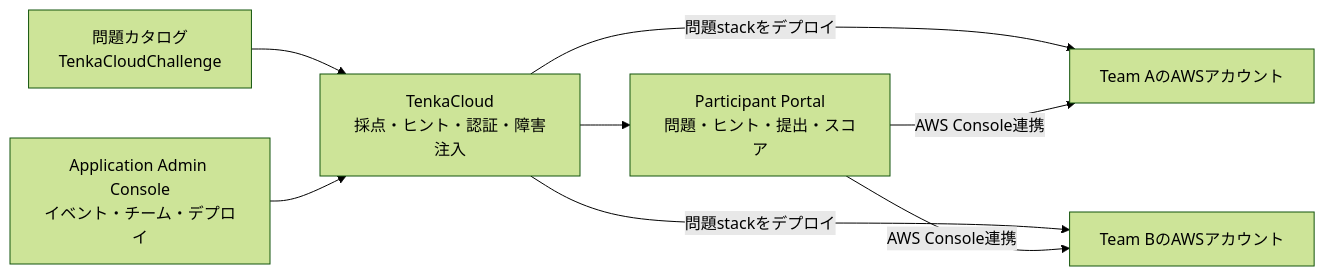
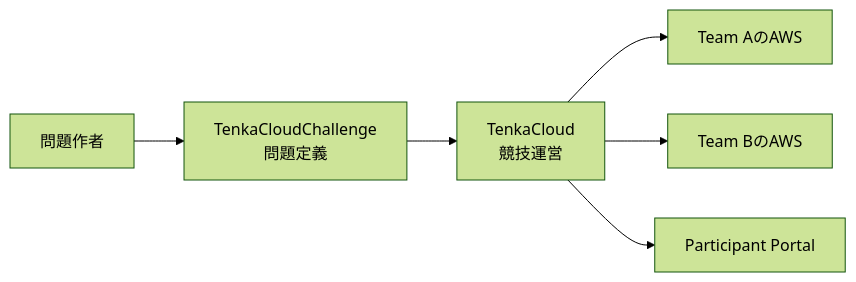
One commit to susumutomita/zenn-article changed the diagram in books/cloud-competition/chapter1.md. Above: the diagram before and after it, drawn with Mermaid (forest theme). The commit also changed other lines of this file and 25 other files, not shown here.

````diff
--- a/books/cloud-competition/chapter1.md
+++ b/books/cloud-competition/chapter1.md
@@ -38,17 +42,15 @@
 ```mermaid
 flowchart LR
-    Catalog[問題カタログ<br/>TenkaCloudChallenge]
-    Admin[Application Admin Console<br/>イベント・チーム・デプロイ]
-    Platform[TenkaCloud<br/>採点・ヒント・認証・障害注入]
-    Portal[Participant Portal<br/>問題・ヒント・提出・スコア]
-    TeamA[Team AのAWSアカウント]
-    TeamB[Team BのAWSアカウント]
+    Author["問題作者"]
+    Catalog["TenkaCloudChallenge<br/>問題定義"]
+    Platform["TenkaCloud<br/>競技運営"]
+    TeamA["Team AのAWS"]
+    TeamB["Team BのAWS"]
+    Portal["Participant Portal"]
 
+    Author --> Catalog
     Catalog --> Platform
-    Admin --> Platform
-    Platform -->|問題stackをデプロイ| TeamA
-    Platform -->|問題stackをデプロイ| TeamB
+    Platform --> TeamA
+    Platform --> TeamB
     Platform --> Portal
-    Portal -->|AWS Console連携| TeamA
-    Portal -->|AWS Console連携| TeamB
 ```
````
